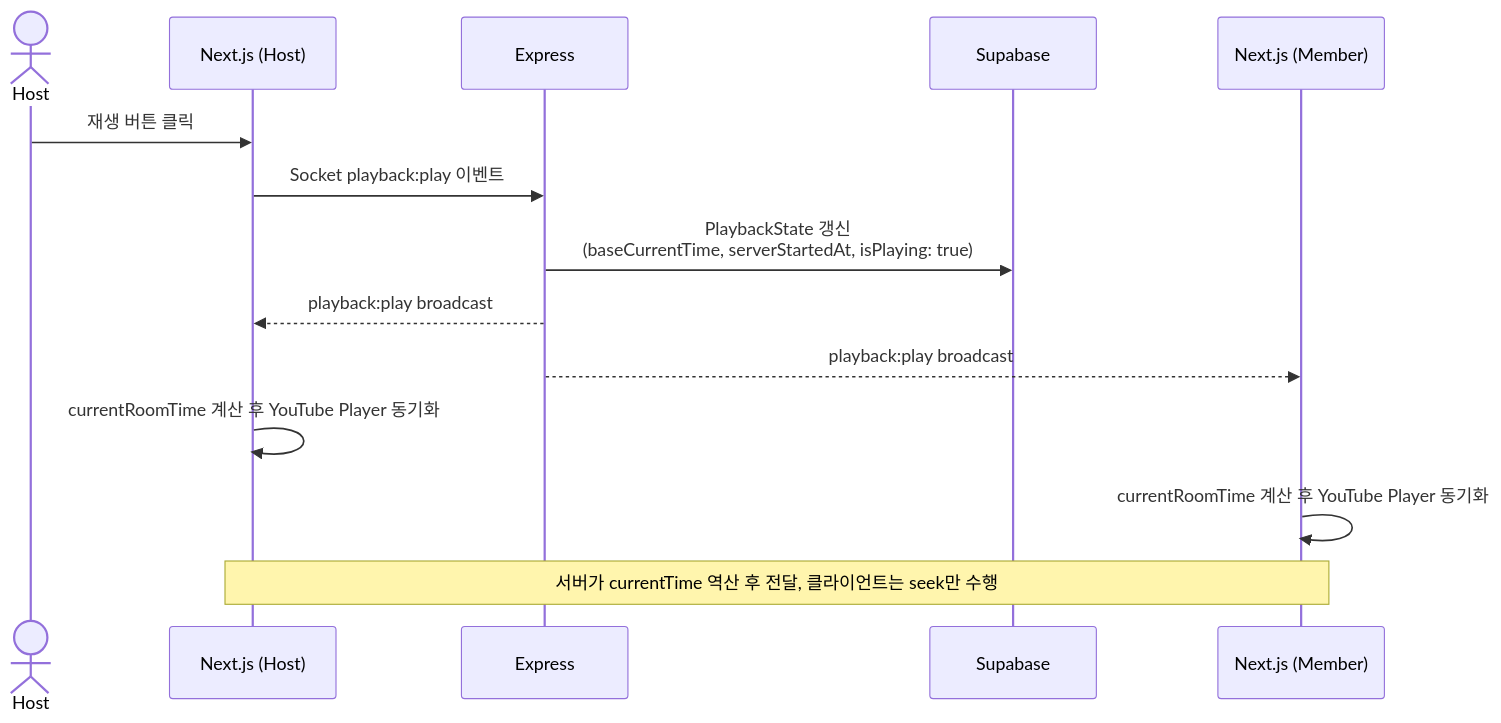
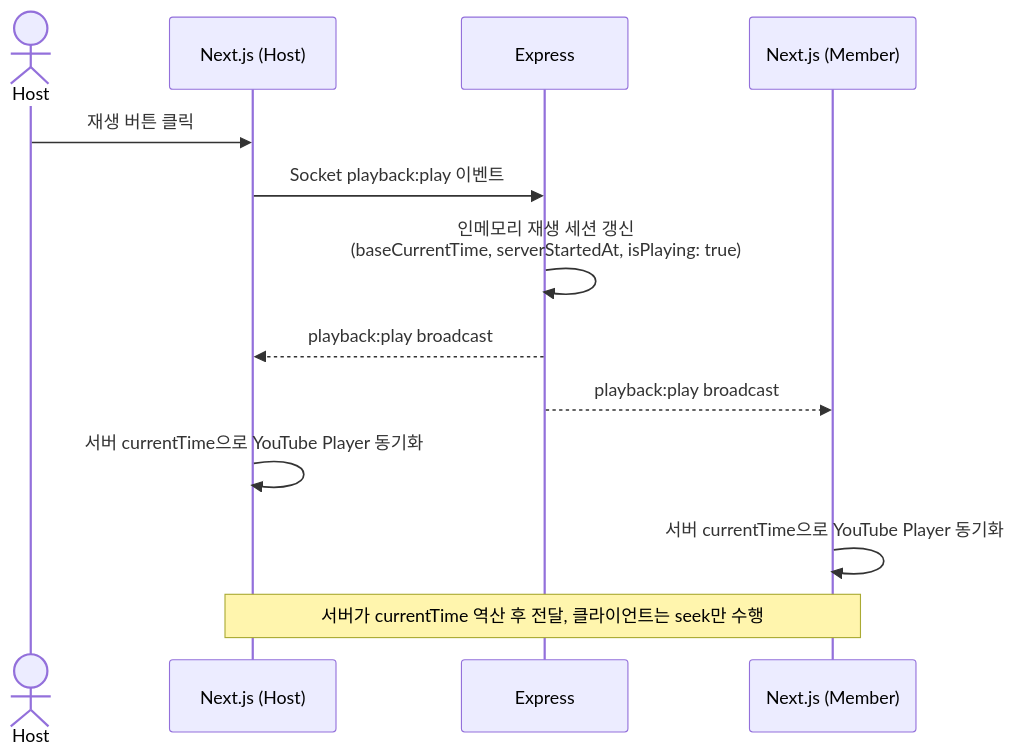
The sixth of 11 diagrams in docs/02-system-architecture.md (TechUP-SYFITY/SYFITY), drawn with Mermaid before and after one commit. The commit also changed other lines of this file and 11 other files, not shown here.

````diff
--- a/docs/02-system-architecture.md
+++ b/docs/02-system-architecture.md
@@ -421,18 +464,17 @@
 ```mermaid
 sequenceDiagram
     actor Host
     participant FE_H as Next.js (Host)
     participant BE as Express
-    participant DB as Supabase
     participant FE_M as Next.js (Member)
 
     Host->>FE_H: 재생 버튼 클릭
     FE_H->>BE: Socket playback:play 이벤트
-    BE->>DB: PlaybackState 갱신<br>(baseCurrentTime, serverStartedAt, isPlaying: true)
+    BE->>BE: 인메모리 재생 세션 갱신<br>(baseCurrentTime, serverStartedAt, isPlaying: true)
     BE-->>FE_H: playback:play broadcast
     BE-->>FE_M: playback:play broadcast
-    FE_H->>FE_H: currentRoomTime 계산 후 YouTube Player 동기화
-    FE_M->>FE_M: currentRoomTime 계산 후 YouTube Player 동기화
+    FE_H->>FE_H: 서버 currentTime으로 YouTube Player 동기화
+    FE_M->>FE_M: 서버 currentTime으로 YouTube Player 동기화
 
     Note over FE_H,FE_M: 서버가 currentTime 역산 후 전달, 클라이언트는 seek만 수행
 ```
````
